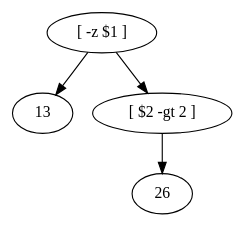
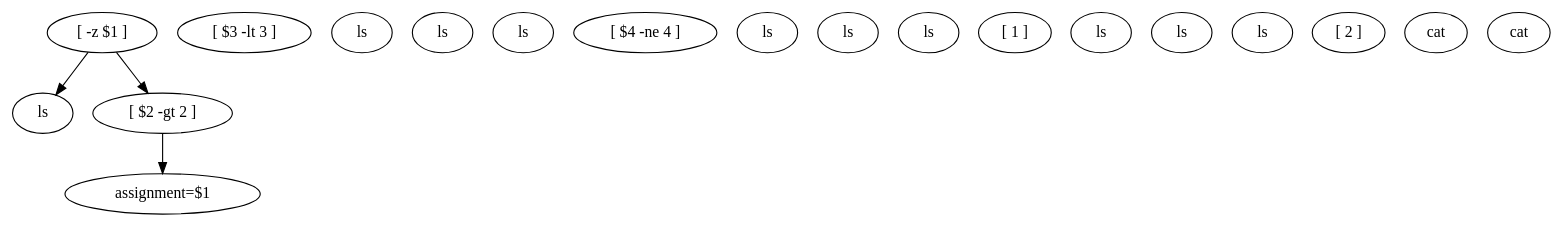
The diagram in module-dev/bashgraph/testcase/if-then-elif-elif-elif-else-fi.dot (hongdal/bashlex), drawn with Graphviz before and after one commit. The commit also changed 15 other files, not shown here.

```diff
--- a/module-dev/bashgraph/testcase/if-then-elif-elif-elif-else-fi.dot
+++ b/module-dev/bashgraph/testcase/if-then-elif-elif-elif-else-fi.dot
@@ -1,7 +1,24 @@
 digraph {
 5 [label=" \[ -z $1 \]"];
+13 [label=" ls"];
+17 [label=" \[ $2 -gt 2 \]"];
+26 [label=" assignment=$1"];
+32 [label=" \[ $3 -lt 3 \]"];
+45 [label=" ls"];
+51 [label=" ls"];
+57 [label=" ls"];
+63 [label=" \[ $4 -ne 4 \]"];
+73 [label=" ls"];
+76 [label=" ls"];
+79 [label=" ls"];
+88 [label=" \[ 1 \]"];
+95 [label=" ls"];
+98 [label=" ls"];
+101 [label=" ls"];
+110 [label=" \[ 2 \]"];
+117 [label=" cat"];
+120 [label=" cat"];
 5 -> 13;
 5 -> 17;
-17 [label=" \[ $2 -gt 2 \]"];
 17 -> 26;
 }
```
